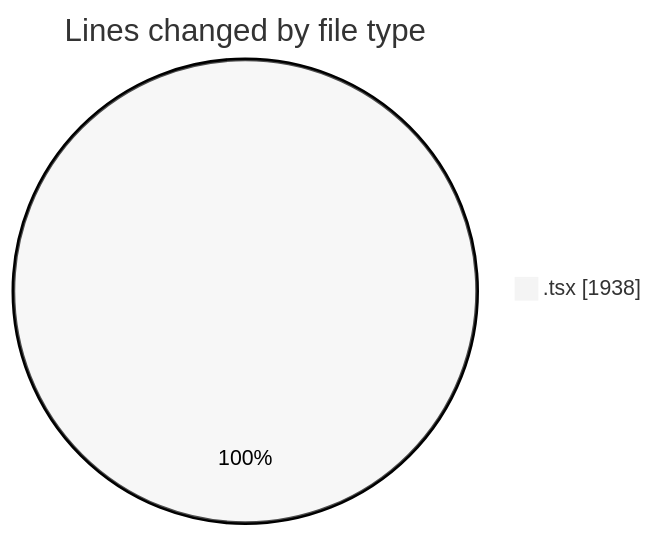
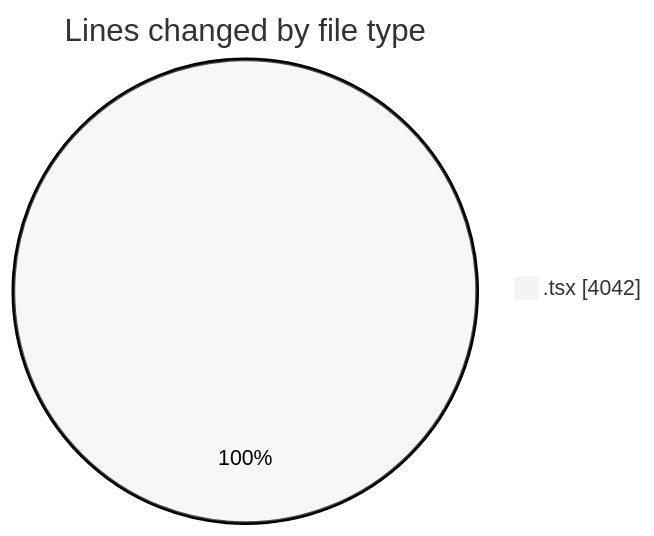
The first of 2 diagrams in 2026-07-15/nxtqube_webapp/README.md (nxtqubesakshisongat/code-tracking), drawn with Mermaid (neutral theme) before and after one commit. The commit also changed other lines of this file and 1 other file, not shown here.

````diff
--- a/2026-07-15/nxtqube_webapp/README.md
+++ b/2026-07-15/nxtqube_webapp/README.md
@@ -24,5 +26,5 @@
 ```mermaid
 pie showData
 title Lines changed by file type
-".tsx" : 1938
+".tsx" : 4042
 ```
````
